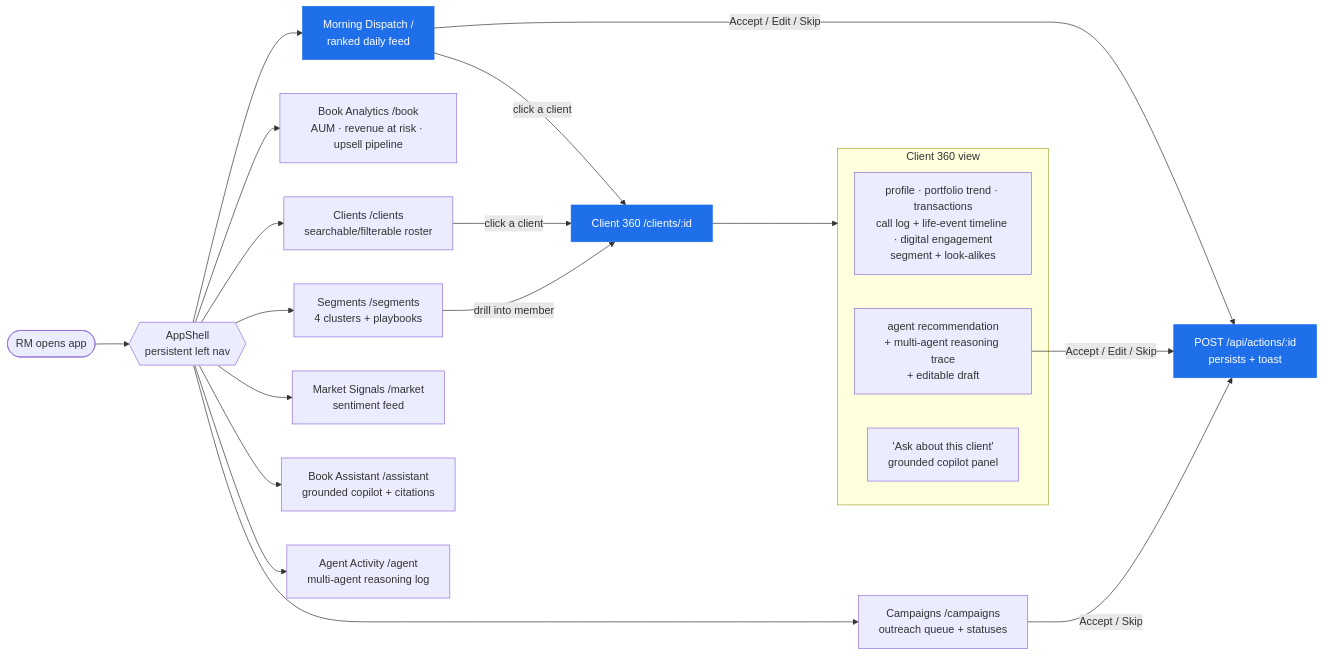
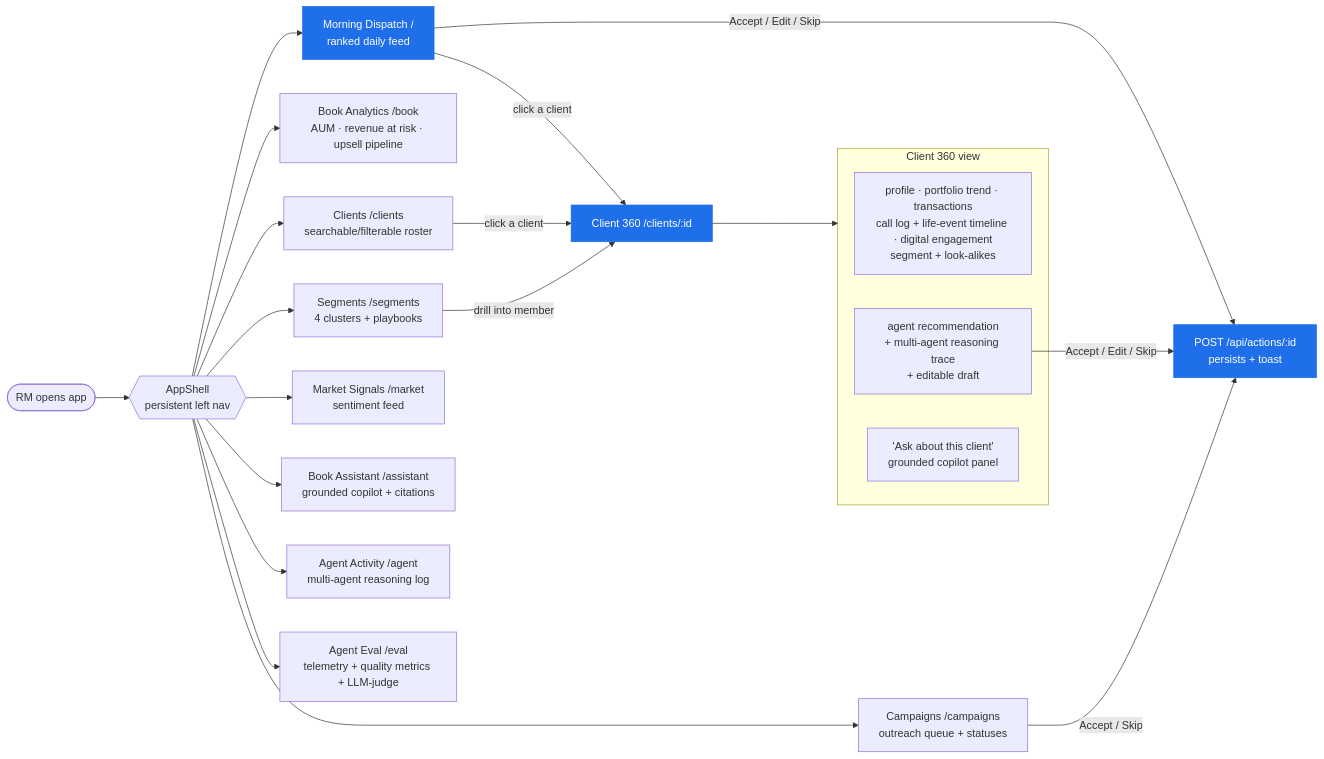
The second of 3 diagrams in README.md (svgnix/nextbest), drawn with Mermaid before and after one commit. The commit also changed other lines of this file and 32 other files, not shown here.

````diff
--- a/README.md
+++ b/README.md
@@ -144,31 +163,32 @@
 ```mermaid
 flowchart LR
     START(["RM opens app"]) --> SHELL{{"AppShell<br/>persistent left nav"}}
 
     SHELL --> DISPATCH["Morning Dispatch /<br/>ranked daily feed"]
     SHELL --> BOOK["Book Analytics /book<br/>AUM · revenue at risk · upsell pipeline"]
     SHELL --> CLIENTS["Clients /clients<br/>searchable/filterable roster"]
     SHELL --> SEGMENTS["Segments /segments<br/>4 clusters + playbooks"]
     SHELL --> MARKET["Market Signals /market<br/>sentiment feed"]
     SHELL --> CAMPAIGNS["Campaigns /campaigns<br/>outreach queue + statuses"]
     SHELL --> ASSIST["Book Assistant /assistant<br/>grounded copilot + citations"]
     SHELL --> ACTIVITY["Agent Activity /agent<br/>multi-agent reasoning log"]
+    SHELL --> EVAL["Agent Eval /eval<br/>telemetry + quality metrics + LLM-judge"]
 
     DISPATCH -->|click a client| C360["Client 360 /clients/:id"]
     CLIENTS -->|click a client| C360
     SEGMENTS -->|drill into member| C360
 
     subgraph C360V["Client 360 view"]
         PROFILE["profile · portfolio trend · transactions<br/>call log + life-event timeline · digital engagement<br/>segment + look-alikes"]
         REC["agent recommendation<br/>+ multi-agent reasoning trace<br/>+ editable draft"]
         ASK["'Ask about this client'<br/>grounded copilot panel"]
     end
     C360 --> C360V
 
     DISPATCH -->|Accept / Edit / Skip| PERSIST["POST /api/actions/:id<br/>persists + toast"]
     REC -->|Accept / Edit / Skip| PERSIST
     CAMPAIGNS -->|Accept / Skip| PERSIST
 
     classDef primary fill:#1f6feb,stroke:#1f6feb,color:#fff;
     class DISPATCH,C360,PERSIST primary;
 ```
````
